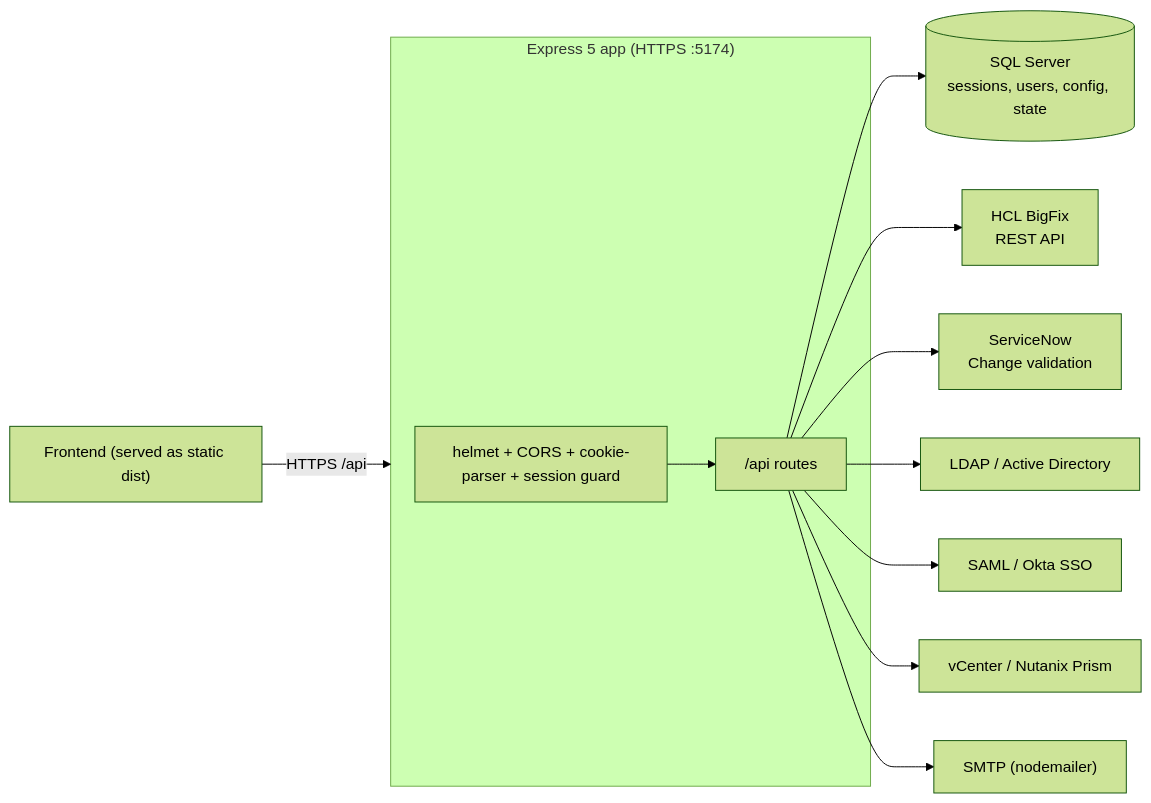
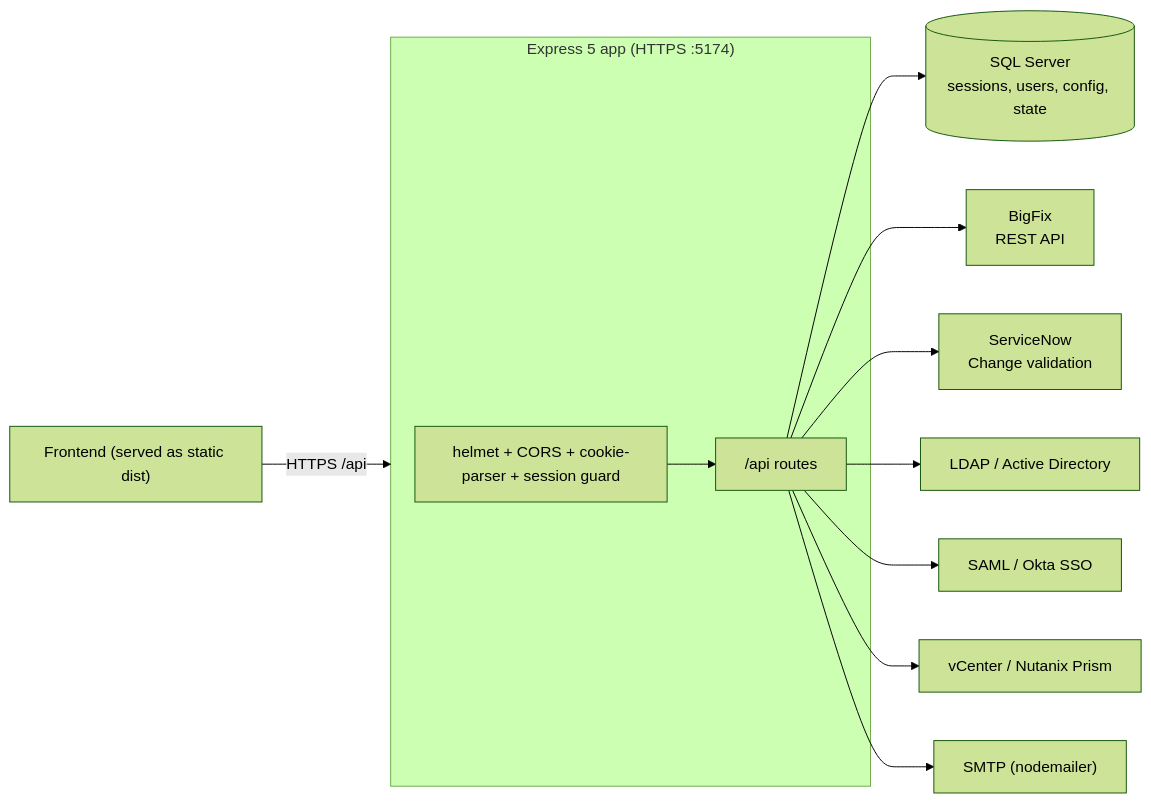
Before and after one commit to praveen-chandra-dev/BigFix_Patch_Orchestrator_Backend: the diagram in readme.md, drawn with Mermaid (forest theme). The commit also changed other lines of this file, not shown here.

Commit message:
Update references to 'HCL BigFix' to 'BigFix'

````diff
--- a/readme.md
+++ b/readme.md
@@ -50,16 +50,16 @@
 ```mermaid
 flowchart LR
     UI["Frontend (served as static dist)"] -->|HTTPS /api| API["Express 5 app"]
 
     subgraph API["Express 5 app (HTTPS :5174)"]
         MW["helmet + CORS + cookie-parser + session guard"] --> R["/api routes"]
     end
 
     R --> DB[("SQL Server<br/>sessions, users, config, state")]
-    R --> BF["HCL BigFix<br/>REST API"]
+    R --> BF["BigFix<br/>REST API"]
     R --> SN["ServiceNow<br/>Change validation"]
     R --> AD["LDAP / Active Directory"]
     R --> SAML["SAML / Okta SSO"]
     R --> VM["vCenter / Nutanix Prism"]
     R --> SMTP["SMTP (nodemailer)"]
 ```
````
